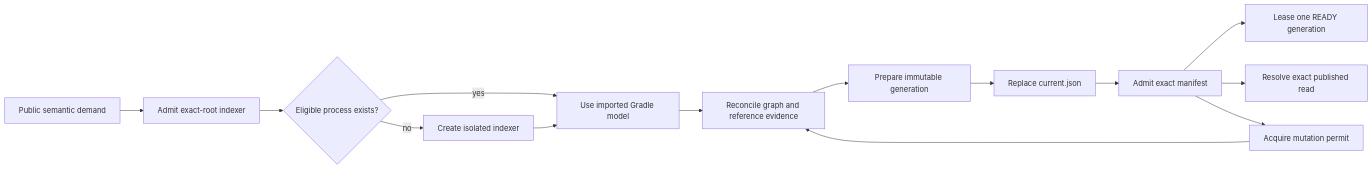
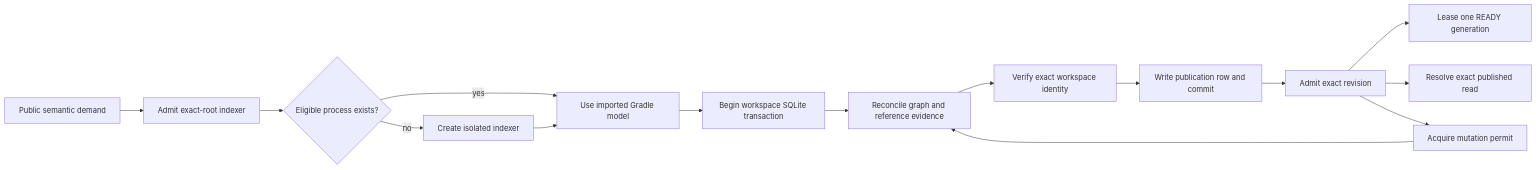
Before and after one commit to amichne/kast: the diagram in docs/internal/indexer/index.md, drawn with Mermaid. The commit also changed other lines of this file and 111 other files, not shown here.

Commit message:
feat: flatten workspace source index publication

````diff
--- a/docs/internal/indexer/index.md
+++ b/docs/internal/indexer/index.md
@@ -11,16 +11,17 @@
 ```mermaid
 flowchart LR
     demand["Public semantic demand"] --> admit["Admit exact-root indexer"]
     admit --> reuse{"Eligible process exists?"}
     reuse -- "yes" --> gradle["Use imported Gradle model"]
     reuse -- "no" --> launch["Create isolated indexer"]
     launch --> gradle
-    gradle --> index["Reconcile graph and reference evidence"]
-    index --> prepare["Prepare immutable generation"]
-    prepare --> pointer["Replace current.json"]
-    pointer --> ready["Admit exact manifest"]
+    gradle --> transaction["Begin workspace SQLite transaction"]
+    transaction --> index["Reconcile graph and reference evidence"]
+    index --> verify["Verify exact workspace identity"]
+    verify --> publish["Write publication row and commit"]
+    publish --> ready["Admit exact revision"]
     ready --> kotlin["Lease one READY generation"]
     ready --> rust["Resolve exact published read"]
     ready --> mutation["Acquire mutation permit"]
     mutation --> index
 ```
````
